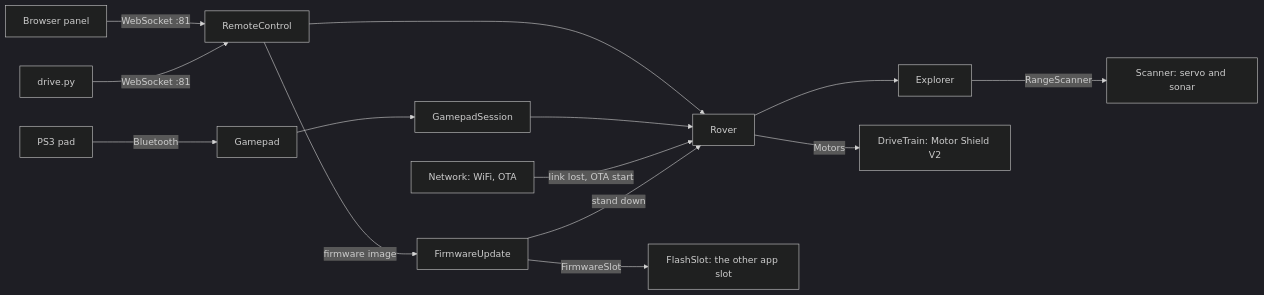
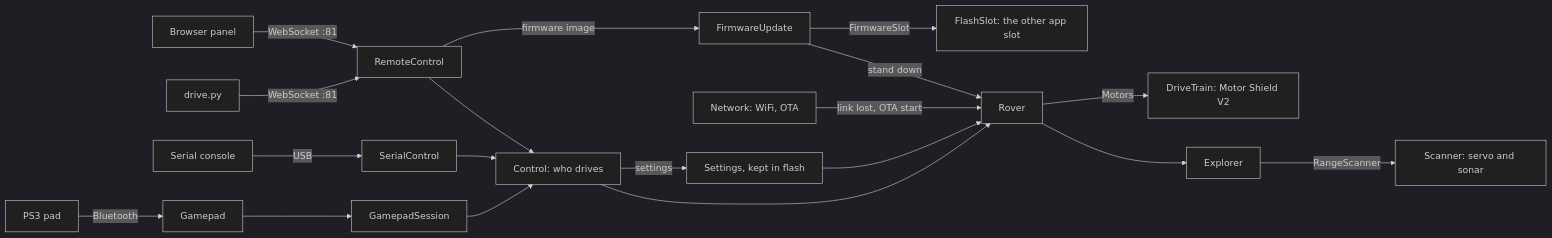
Before and after one commit to shogowarrior/rover: the diagram in README.md, drawn with Mermaid (dark theme). The commit also changed other lines of this file and 7 other files, not shown here.

````diff
--- a/README.md
+++ b/README.md
@@ -173,16 +211,21 @@
 ```mermaid
 flowchart LR
   panel[Browser panel] -- "WebSocket :81" --> RC[RemoteControl]
   drive[drive.py] -- "WebSocket :81" --> RC
+  usb[Serial console] -- "USB" --> SR[SerialControl]
   pad[PS3 pad] -- Bluetooth --> GP[Gamepad]
   GP --> GS[GamepadSession]
-  RC --> R[Rover]
-  GS --> R
+  RC --> C["Control: who drives"]
+  SR --> C
+  GS --> C
+  C --> R[Rover]
+  C -- settings --> ST["Settings, kept in flash"]
+  ST --> R
   NW["Network: WiFi, OTA"] -- "link lost, OTA start" --> R
   RC -- "firmware image" --> FU[FirmwareUpdate]
   FU -- "stand down" --> R
   FU -- FirmwareSlot --> FS["FlashSlot: the other app slot"]
   R --> EX[Explorer]
   R -- Motors --> DT["DriveTrain: Motor Shield V2"]
   EX -- RangeScanner --> SC["Scanner: servo and sonar"]
 ```
````
